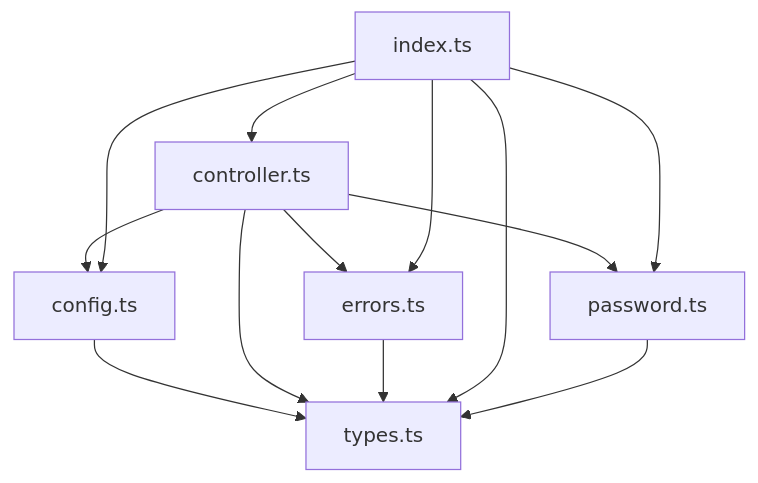
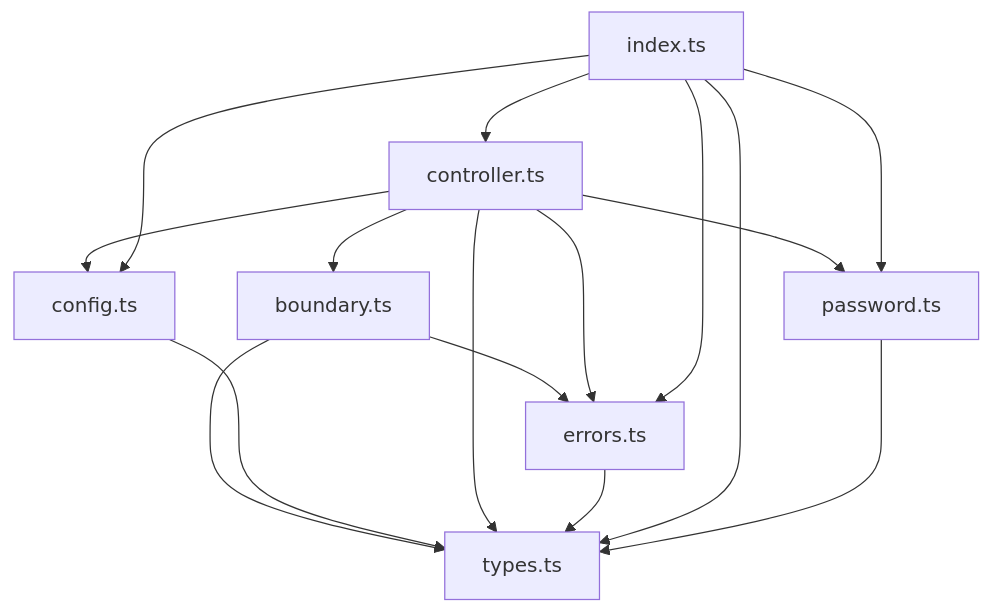
The first of 4 diagrams in docs/CODE_GRAPH.md (ntustRay/web-authentication-component), drawn with Mermaid before and after one commit. The commit also changed other lines of this file and 30 other files, not shown here.

First line of the commit message:
fix: harden authentication lifecycle and React flows for 0.2.0

````diff
--- a/docs/CODE_GRAPH.md
+++ b/docs/CODE_GRAPH.md
@@ -7,21 +7,25 @@
 ```mermaid
 flowchart TD
-  n5["config.ts"]
-  n6["controller.ts"]
-  n7["errors.ts"]
-  n8["index.ts"]
-  n9["password.ts"]
-  n19["types.ts"]
-  n5 --> n19
-  n6 --> n5
-  n6 --> n7
-  n6 --> n9
-  n6 --> n19
-  n7 --> n19
-  n8 --> n5
-  n8 --> n6
-  n8 --> n7
-  n8 --> n9
-  n8 --> n19
-  n9 --> n19
+  n5["boundary.ts"]
+  n6["config.ts"]
+  n7["controller.ts"]
+  n8["errors.ts"]
+  n9["index.ts"]
+  n10["password.ts"]
+  n20["types.ts"]
+  n5 --> n8
+  n5 --> n20
+  n6 --> n20
+  n7 --> n5
+  n7 --> n6
+  n7 --> n8
+  n7 --> n10
+  n7 --> n20
+  n8 --> n20
+  n9 --> n6
+  n9 --> n7
+  n9 --> n8
+  n9 --> n10
+  n9 --> n20
+  n10 --> n20
 ```
````
